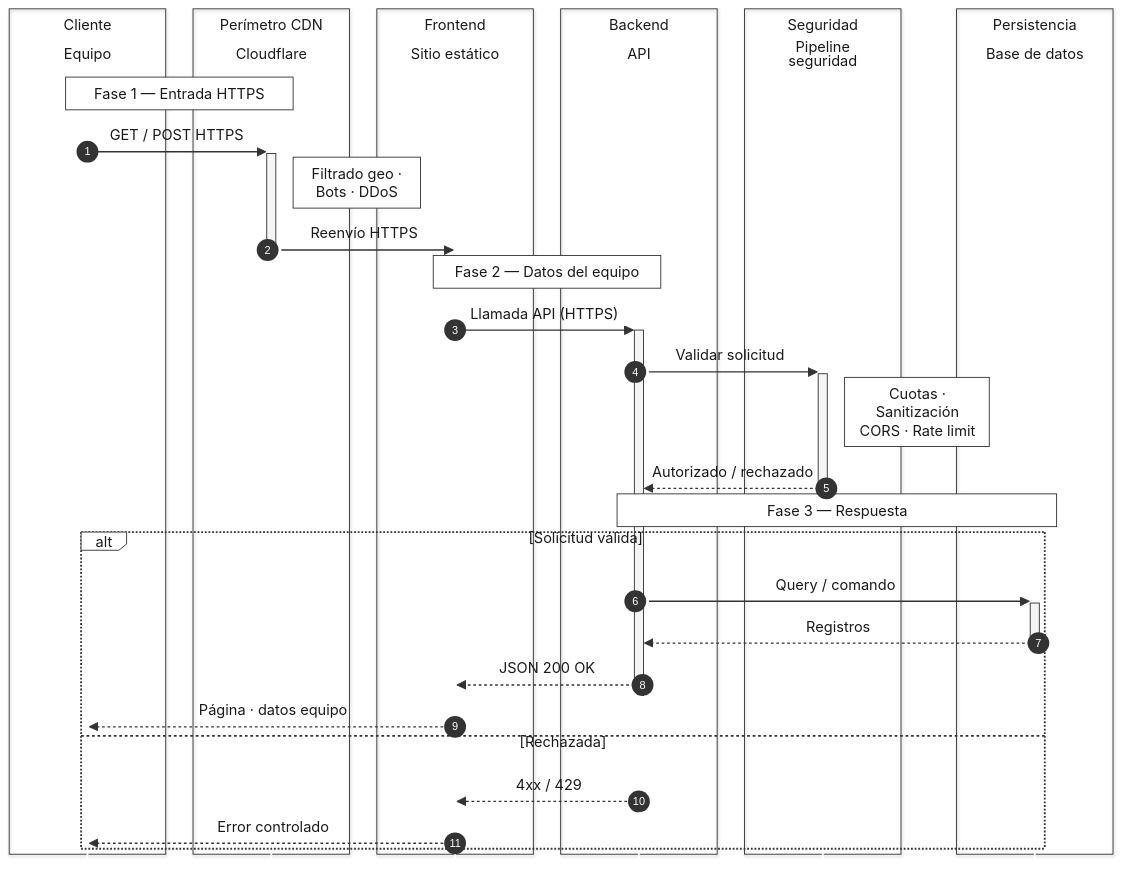
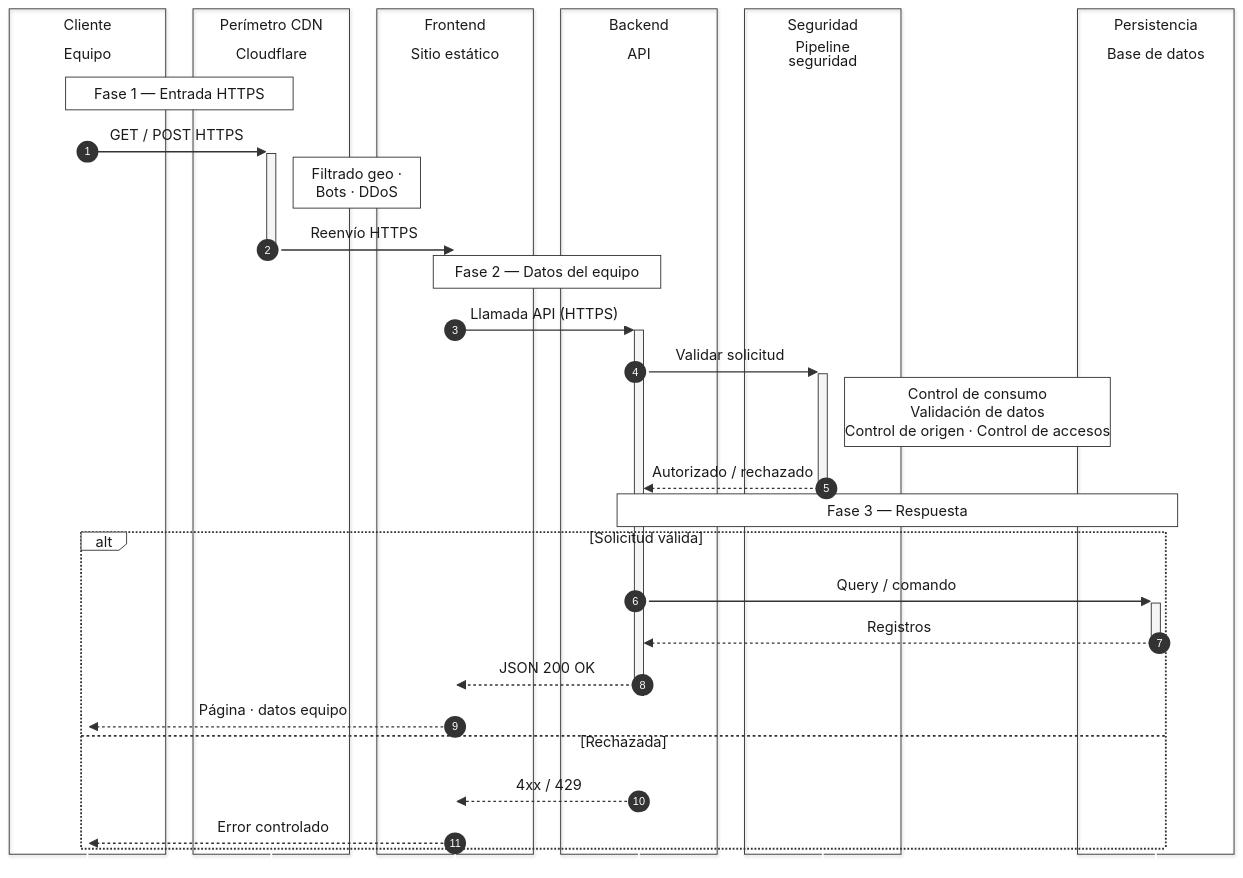
One commit to solivoo/template_devxtreme changed the first of 2 diagrams in docs/arquitectura-solicitudes-uml.md. Above: the diagram before and after it, drawn with Mermaid. The commit also changed other lines of this file and 4 other files, not shown here.

```diff
--- a/docs/arquitectura-solicitudes-uml.md
+++ b/docs/arquitectura-solicitudes-uml.md
@@ -94,7 +94,7 @@
     Note over S,API: Fase 2 — Datos del equipo
     S ->>+ API: Llamada API (HTTPS)
     API ->>+ SEC: Validar solicitud
-    Note right of SEC: Cuotas · Sanitización<br/>CORS · Rate limit
+    Note right of SEC: Control de consumo<br/>Validación de datos<br/>Control de origen · Control de accesos
     SEC -->>- API: Autorizado / rechazado
 
     Note over API,DB: Fase 3 — Respuesta
```
